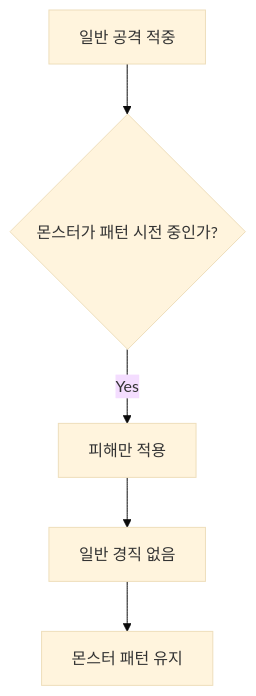
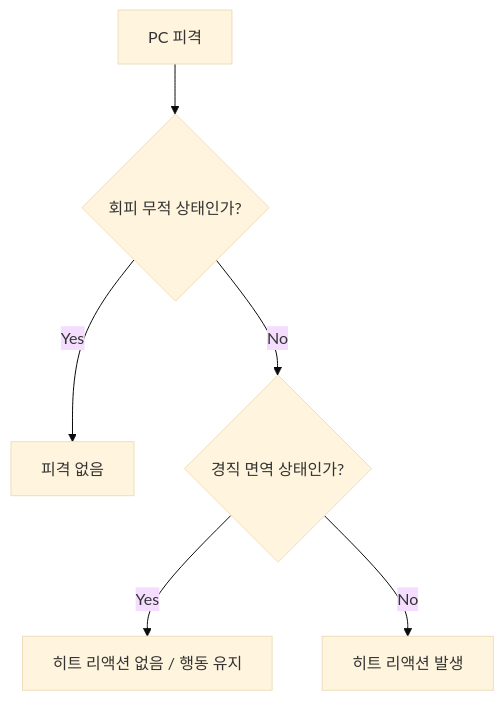
One commit to Woogl/ProjectWx changed the first of 5 diagrams in Docs/CombatDesign/CombatCommon/캐릭터 경직.md. Above: the diagram before and after it, drawn with Mermaid (base theme). The commit also changed other lines of this file and 1 other file, not shown here.

````diff
--- a/Docs/CombatDesign/CombatCommon/캐릭터 경직.md
+++ b/Docs/CombatDesign/CombatCommon/캐릭터 경직.md
@@ -128,7 +262,8 @@
 ```mermaid
 flowchart TD
-    A[일반 공격 적중] --> B{몬스터가 패턴 시전 중인가?}
-    B -- Yes --> C[피해만 적용]
-    C --> D[일반 경직 없음]
-    D --> E[몬스터 패턴 유지]
+    A[PC 피격] --> B{회피 무적 상태인가?}
+    B -- Yes --> C[피격 없음]
+    B -- No --> D{경직 면역 상태인가?}
+    D -- Yes --> E[히트 리액션 없음 / 행동 유지]
+    D -- No --> F[히트 리액션 발생]
 ```
````
